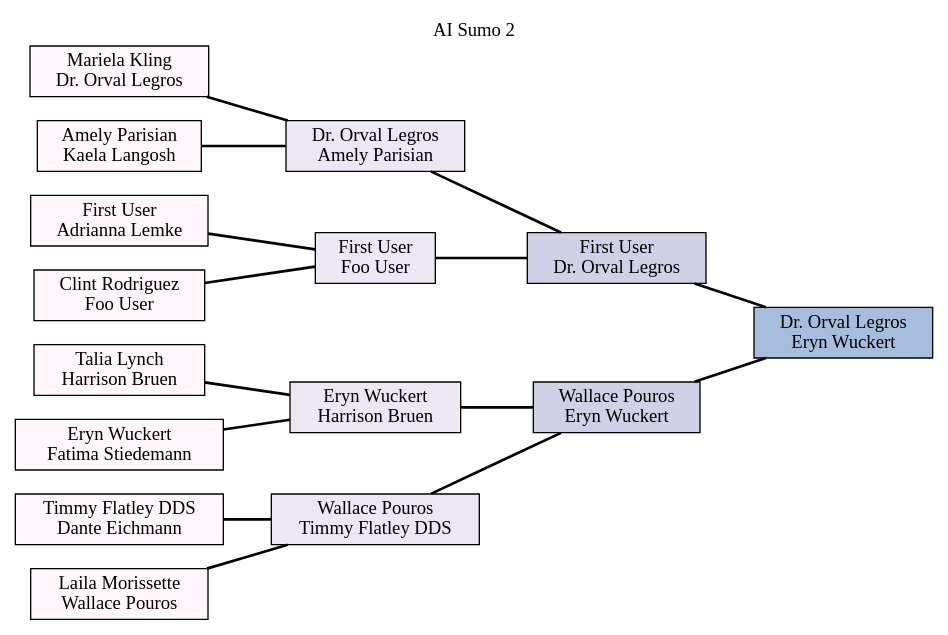
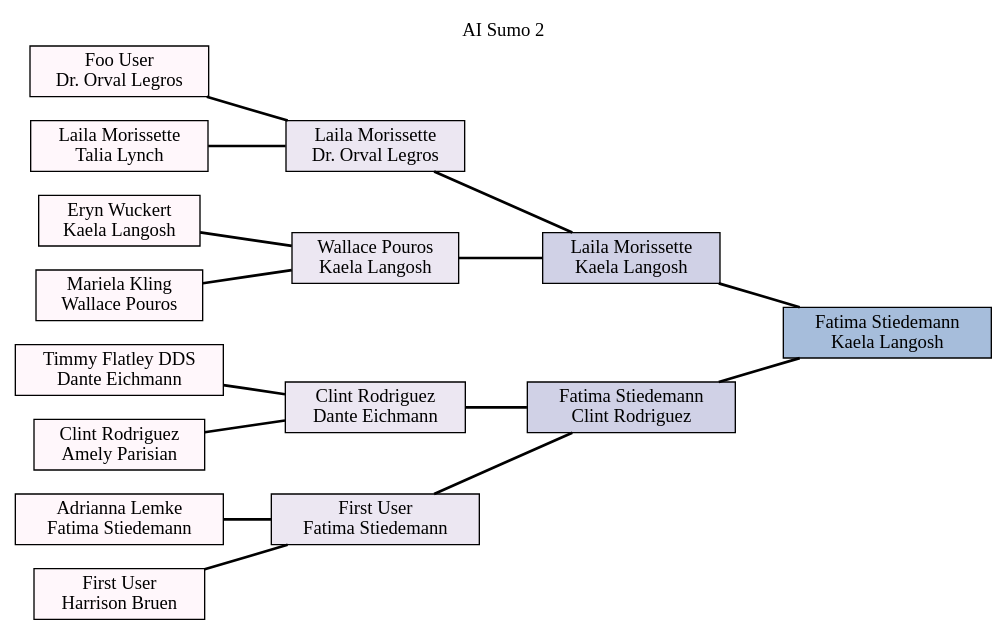
One commit to 12eebok/tournament_sandbox changed the diagram in public/competitions/2/graph.dot. Above: the diagram before and after it, drawn with Graphviz. The commit also changed 46 other files, not shown here.

```diff
--- a/public/competitions/2/graph.dot
+++ b/public/competitions/2/graph.dot
@@ -1,37 +1,37 @@
 digraph 
   {
     label = "AI Sumo 2";
     rankdir = LR;
     labelloc="t";
     node [ shape = box, colorscheme = pubu8, style = filled ];
     edge [ arrowhead=none, arrowtail=none, style=bold ];
-    1239                 [ label = "Mariela Kling\nDr. Orval Legros",fillcolor = 1 ];
-    1248                 [ label = "Dr. Orval Legros\nAmely Parisian",fillcolor = 2 ];
-    1240                 [ label = "Timmy Flatley DDS\nDante Eichmann",fillcolor = 1 ];
-    1250                 [ label = "Wallace Pouros\nTimmy Flatley DDS",fillcolor = 2 ];
-    1241                 [ label = "Talia Lynch\nHarrison Bruen",fillcolor = 1 ];
-    1249                 [ label = "Eryn Wuckert\nHarrison Bruen",fillcolor = 2 ];
-    1242                 [ label = "First User\nAdrianna Lemke",fillcolor = 1 ];
-    1247                 [ label = "First User\nFoo User",fillcolor = 2 ];
-    1243                 [ label = "Laila Morissette\nWallace Pouros",fillcolor = 1 ];
-    1244                 [ label = "Amely Parisian\nKaela Langosh",fillcolor = 1 ];
-    1245                 [ label = "Eryn Wuckert\nFatima Stiedemann",fillcolor = 1 ];
-    1246                 [ label = "Clint Rodriguez\nFoo User",fillcolor = 1 ];
-    1251                 [ label = "First User\nDr. Orval Legros",fillcolor = 3 ];
-    1252                 [ label = "Wallace Pouros\nEryn Wuckert",fillcolor = 3 ];
-    1253                 [ label = "Dr. Orval Legros\nEryn Wuckert",fillcolor = 4 ];
-    1239 -> 1248;
-    1240 -> 1250;
-    1241 -> 1249;
-    1242 -> 1247;
-    1243 -> 1250;
-    1244 -> 1248;
-    1245 -> 1249;
-    1246 -> 1247;
-    1247 -> 1251;
-    1248 -> 1251;
-    1249 -> 1252;
-    1250 -> 1252;
-    1251 -> 1253;
-    1252 -> 1253;
+    1269                 [ label = "Foo User\nDr. Orval Legros",fillcolor = 1 ];
+    1279                 [ label = "Laila Morissette\nDr. Orval Legros",fillcolor = 2 ];
+    1270                 [ label = "Adrianna Lemke\nFatima Stiedemann",fillcolor = 1 ];
+    1277                 [ label = "First User\nFatima Stiedemann",fillcolor = 2 ];
+    1271                 [ label = "Eryn Wuckert\nKaela Langosh",fillcolor = 1 ];
+    1280                 [ label = "Wallace Pouros\nKaela Langosh",fillcolor = 2 ];
+    1272                 [ label = "Mariela Kling\nWallace Pouros",fillcolor = 1 ];
+    1273                 [ label = "Timmy Flatley DDS\nDante Eichmann",fillcolor = 1 ];
+    1278                 [ label = "Clint Rodriguez\nDante Eichmann",fillcolor = 2 ];
+    1274                 [ label = "Laila Morissette\nTalia Lynch",fillcolor = 1 ];
+    1275                 [ label = "Clint Rodriguez\nAmely Parisian",fillcolor = 1 ];
+    1276                 [ label = "First User\nHarrison Bruen",fillcolor = 1 ];
+    1281                 [ label = "Fatima Stiedemann\nClint Rodriguez",fillcolor = 3 ];
+    1282                 [ label = "Laila Morissette\nKaela Langosh",fillcolor = 3 ];
+    1283                 [ label = "Fatima Stiedemann\nKaela Langosh",fillcolor = 4 ];
+    1269 -> 1279;
+    1270 -> 1277;
+    1271 -> 1280;
+    1272 -> 1280;
+    1273 -> 1278;
+    1274 -> 1279;
+    1275 -> 1278;
+    1276 -> 1277;
+    1277 -> 1281;
+    1278 -> 1281;
+    1279 -> 1282;
+    1280 -> 1282;
+    1281 -> 1283;
+    1282 -> 1283;
   }
```
